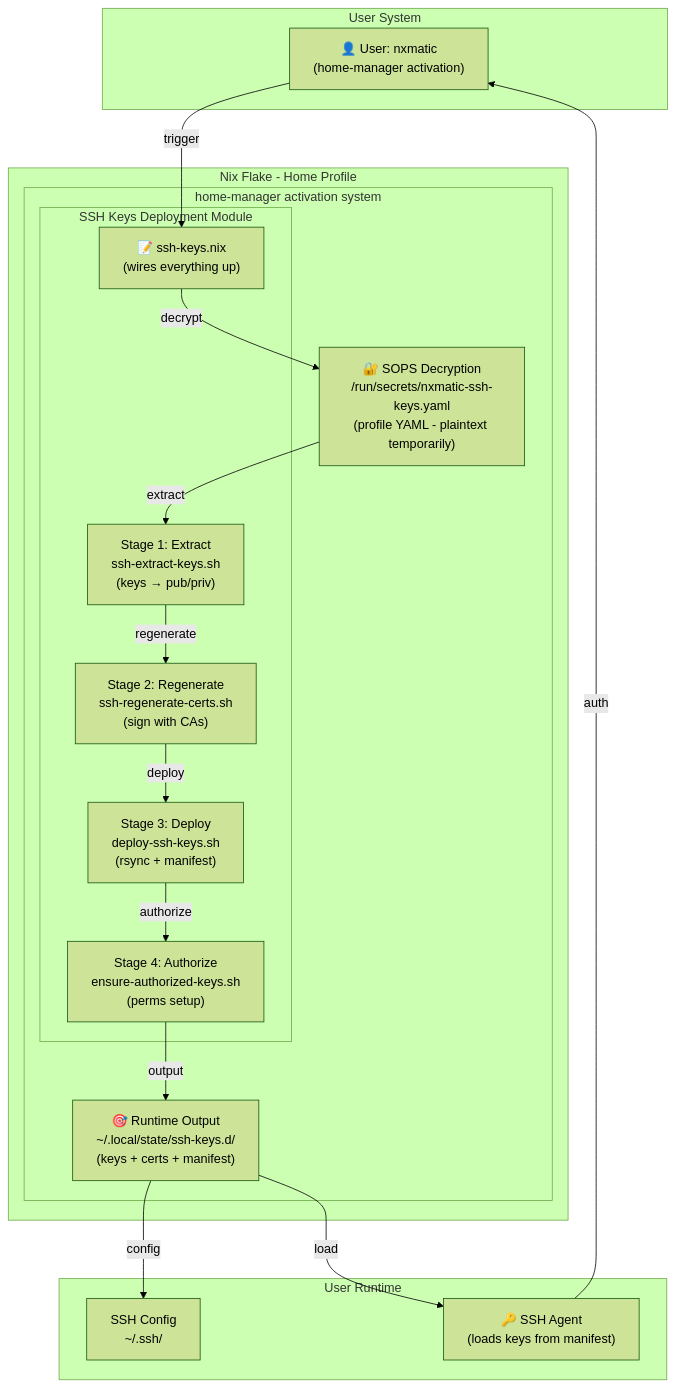
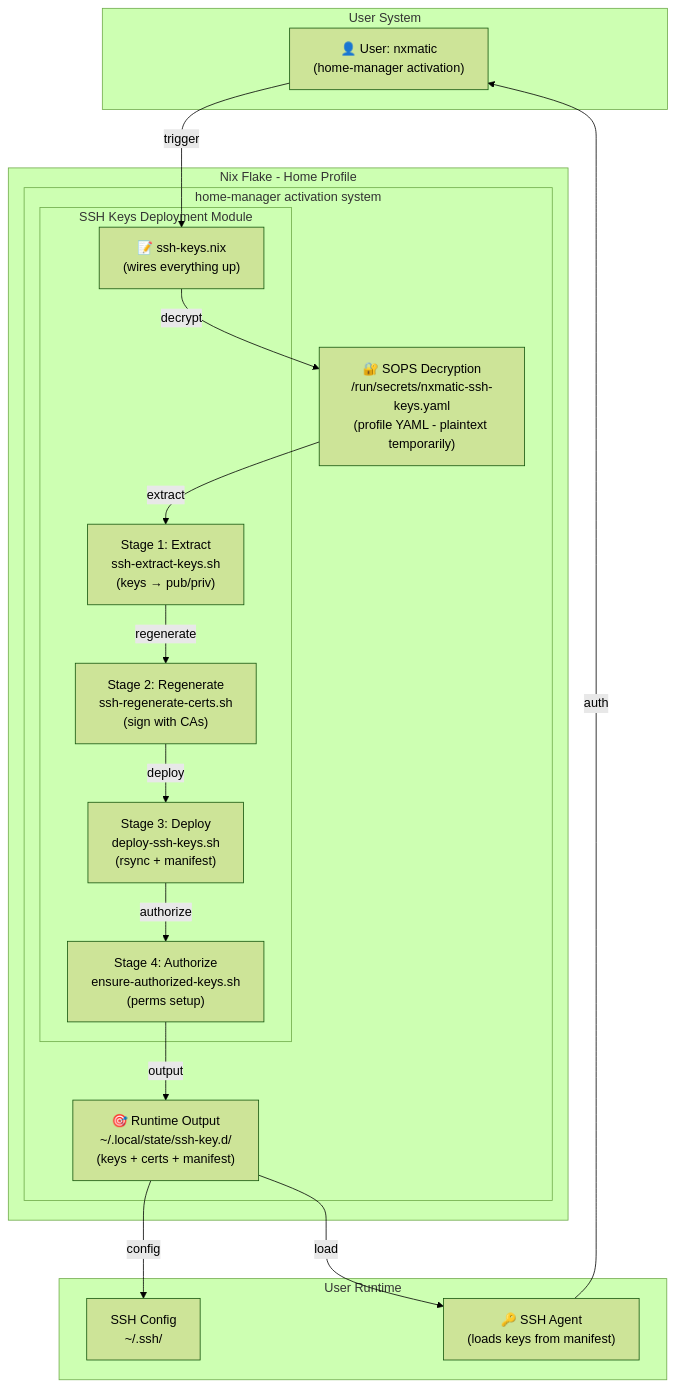
The first of 7 diagrams in docs/ssh-keys-diagrams.adoc (seedmatic/ndh), drawn with Mermaid (forest theme) before and after one commit. The commit also changed other lines of this file and 4 other files, not shown here.

First line of the commit message:
refactor: update remaining ssh-keys.d references to ssh-key.d

```diff
--- a/docs/ssh-keys-diagrams.adoc
+++ b/docs/ssh-keys-diagrams.adoc
@@ -12,39 +12,39 @@
 [mermaid]
 ----
 graph TB
     subgraph "User System"
         user["👤 User: nxmatic<br/>(home-manager activation)"]
     end
     
     subgraph "Nix Flake - Home Profile"
         subgraph "home-manager activation system"
             sops["🔐 SOPS Decryption<br/>/run/secrets/nxmatic-ssh-keys.yaml<br/>(profile YAML - plaintext temporarily)"]
             
             subgraph "SSH Keys Deployment Module"
                 nix["📝 ssh-keys.nix<br/>(wires everything up)"]
                 stage1["Stage 1: Extract<br/>ssh-extract-keys.sh<br/>(keys → pub/priv)"]
                 stage2["Stage 2: Regenerate<br/>ssh-regenerate-certs.sh<br/>(sign with CAs)"]
                 stage3["Stage 3: Deploy<br/>deploy-ssh-keys.sh<br/>(rsync + manifest)"]
                 stage4["Stage 4: Authorize<br/>ensure-authorized-keys.sh<br/>(perms setup)"]
             end
             
-            runtime["🎯 Runtime Output<br/>~/.local/state/ssh-keys.d/<br/>(keys + certs + manifest)"]
+            runtime["🎯 Runtime Output<br/>~/.local/state/ssh-key.d/<br/>(keys + certs + manifest)"]
         end
     end
     
     subgraph "User Runtime"
         ssh_config["SSH Config<br/>~/.ssh/"]
         agent["🔑 SSH Agent<br/>(loads keys from manifest)"]
     end
     
     user -->|trigger| nix
     nix -->|decrypt| sops
     sops -->|extract| stage1
     stage1 -->|regenerate| stage2
     stage2 -->|deploy| stage3
     stage3 -->|authorize| stage4
     stage4 -->|output| runtime
     runtime -->|load| agent
     runtime -->|config| ssh_config
     agent -->|auth| user
 ----
```
